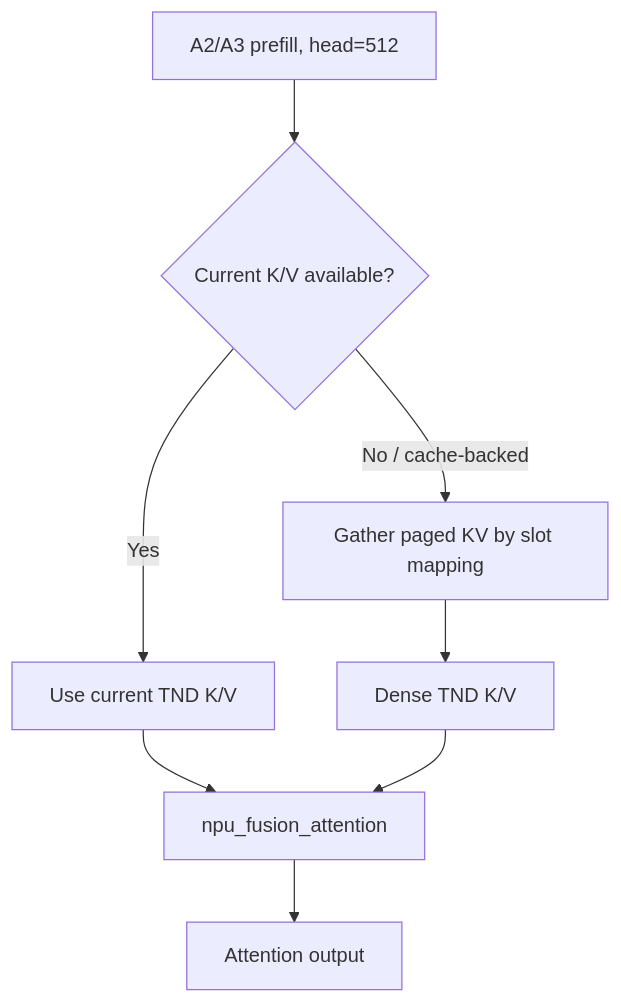
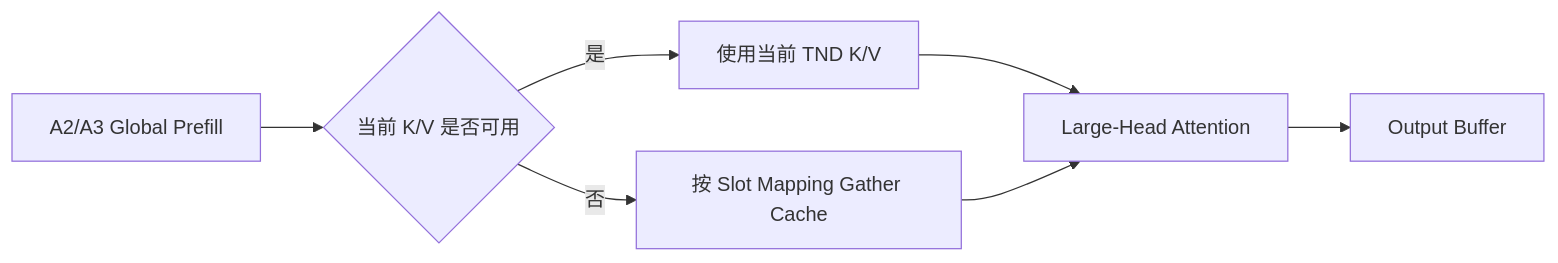
The diagram in docs/gemma4_all/02_A2_A3_A5适配过程.md (Alex-stack-hub/vllm-ascend), drawn with Mermaid before and after one commit. The commit also changed other lines of this file and 6 other files, not shown here.

````diff
--- a/docs/gemma4_all/02_A2_A3_A5适配过程.md
+++ b/docs/gemma4_all/02_A2_A3_A5适配过程.md
@@ -97,10 +283,9 @@
 ```mermaid
-flowchart TD
-    A["A2/A3 prefill, head=512"] --> B{"Current K/V available?"}
-    B -- "Yes" --> C["Use current TND K/V"]
-    B -- "No / cache-backed" --> D["Gather paged KV by slot mapping"]
-    D --> E["Dense TND K/V"]
-    C --> F["npu_fusion_attention"]
-    E --> F
-    F --> G["Attention output"]
+flowchart LR
+    A["A2/A3 Global Prefill"] --> B{"当前 K/V 是否可用"}
+    B -- "是" --> C["使用当前 TND K/V"]
+    B -- "否" --> D["按 Slot Mapping Gather Cache"]
+    C --> E["Large-Head Attention"]
+    D --> E
+    E --> F["Output Buffer"]
 ```
````
